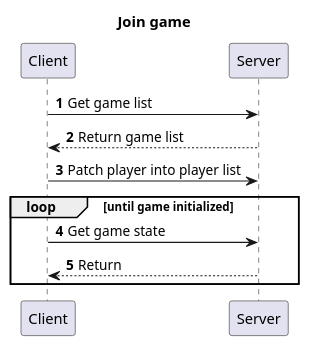
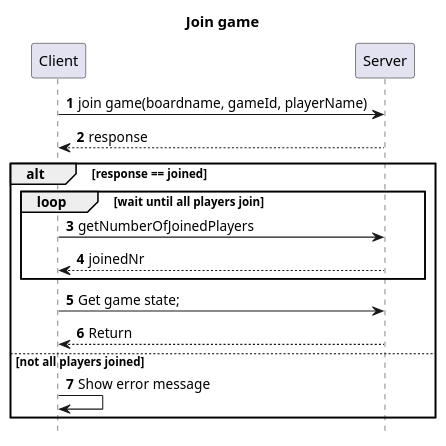
The diagram in PlantUML/JoinGameDiagram.puml (MarkBidstrup/RoboRally), drawn with PlantUML before and after one commit. The commit also changed 2 other files, not shown here.

Commit message:
fixed sequence diagram

```diff
--- a/PlantUML/JoinGameDiagram.puml
+++ b/PlantUML/JoinGameDiagram.puml
@@ -1,14 +1,20 @@
 @startuml
 'https://plantuml.com/sequence-diagram
+hide footbox
 
 autonumber
 title Join game
 
-Client -> Server: Get game list
-Server --> Client: Return game list
-Client -> Server: Patch player into player list
-loop until game initialized
-Client -> Server: Get game state
-Server --> Client: Return
+Client -> Server: join game(boardname, gameId, playerName)
+Client <-- Server: response
+alt response == joined
+    loop wait until all players join
+        Client -> Server: getNumberOfJoinedPlayers
+        Client <-- Server: joinedNr
+    end
+    Client->Server: Get game state;
+    Client <-- Server: Return
+else not all players joined
+    Client->Client: Show error message
 end
 @enduml
```
